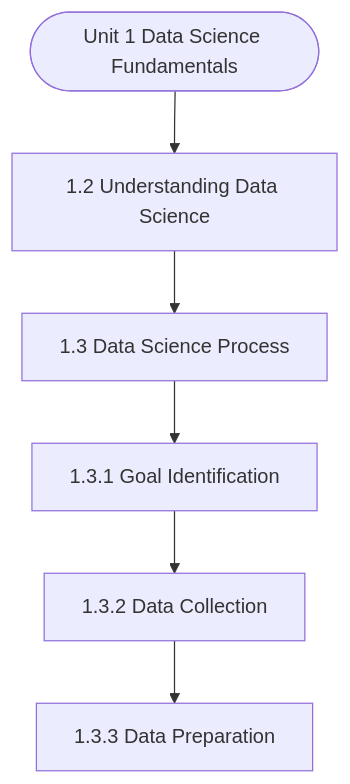
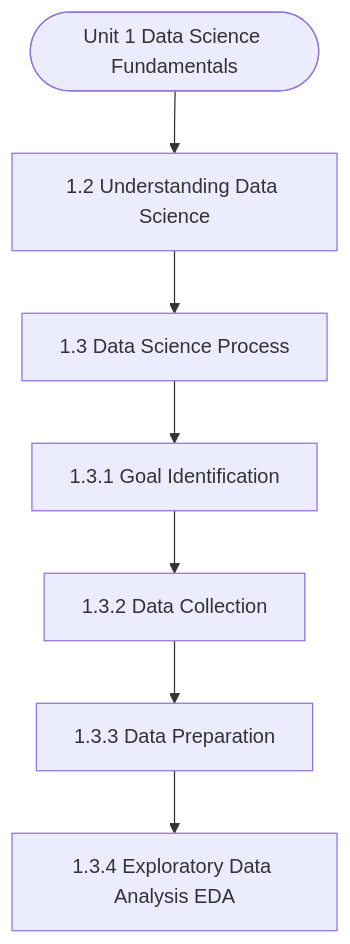
The diagram in notes/Semester_1/MCS-062_Introduction_to_Data_Science/unit_01_Data_Science_Fundamentals.md (Asutosh-Coaching/mscdsa), drawn with Mermaid before and after one commit. The commit also changed other lines of this file and 116 other files, not shown here.

````diff
--- a/notes/Semester_1/MCS-062_Introduction_to_Data_Science/unit_01_Data_Science_Fundamentals.md
+++ b/notes/Semester_1/MCS-062_Introduction_to_Data_Science/unit_01_Data_Science_Fundamentals.md
@@ -19,14 +19,16 @@
 ```mermaid
 flowchart TD
   Start(["Unit 1 Data Science Fundamentals"])
   N1["1.2 Understanding Data Science"]
   N2["1.3 Data Science Process"]
   N3["1.3.1 Goal Identification"]
   N4["1.3.2 Data Collection"]
   N5["1.3.3 Data Preparation"]
+  N6["1.3.4 Exploratory Data Analysis EDA"]
   Start --> N1
   N1 --> N2
   N2 --> N3
   N3 --> N4
   N4 --> N5
+  N5 --> N6
 ```
````
